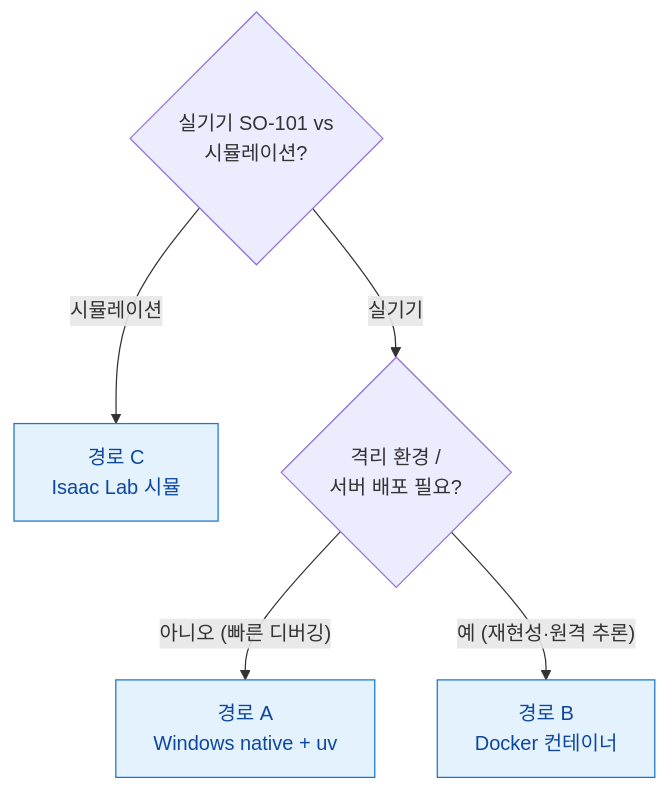
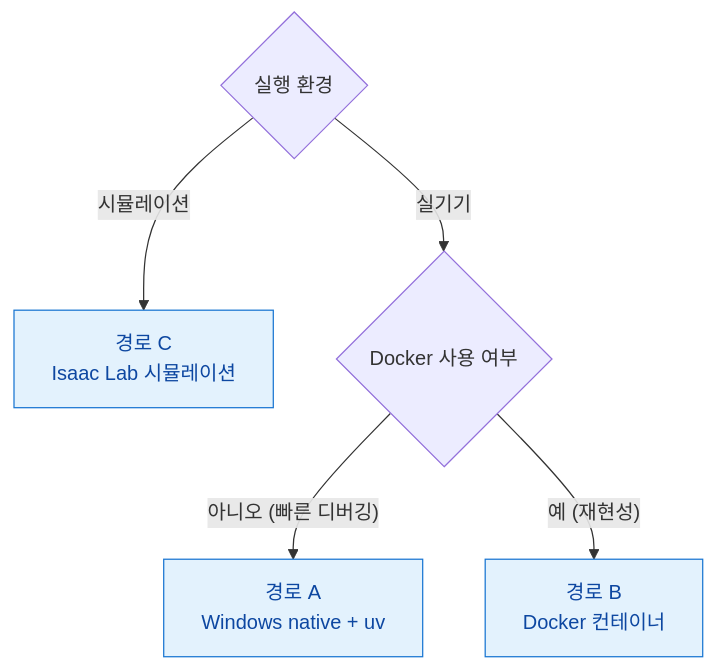
Before and after one commit to PubCyBerry/SO101-Sim2Real: the diagram in README.md, drawn with Mermaid.

````diff
--- a/README.md
+++ b/README.md
@@ -29,11 +29,11 @@
 ```mermaid
 flowchart TD
-    Q1{"실기기 SO-101 vs<br/>시뮬레이션?"}
-    Q1 -->|시뮬레이션| C["경로 C<br/>Isaac Lab 시뮬"]
-    Q1 -->|실기기| Q2{"격리 환경 /<br/>서버 배포 필요?"}
+    Q1{"실행 환경"}
+    Q1 -->|시뮬레이션| C["경로 C<br/>Isaac Lab 시뮬레이션"]
+    Q1 -->|실기기| Q2{"Docker 사용 여부"}
     Q2 -->|"아니오 (빠른 디버깅)"| A["경로 A<br/>Windows native + uv"]
-    Q2 -->|"예 (재현성·원격 추론)"| B["경로 B<br/>Docker 컨테이너"]
+    Q2 -->|"예 (재현성)"| B["경로 B<br/>Docker 컨테이너"]
 
     classDef path fill:#e3f2fd,stroke:#1976d2,color:#0d47a1
     class A,B,C path
 ```
````
